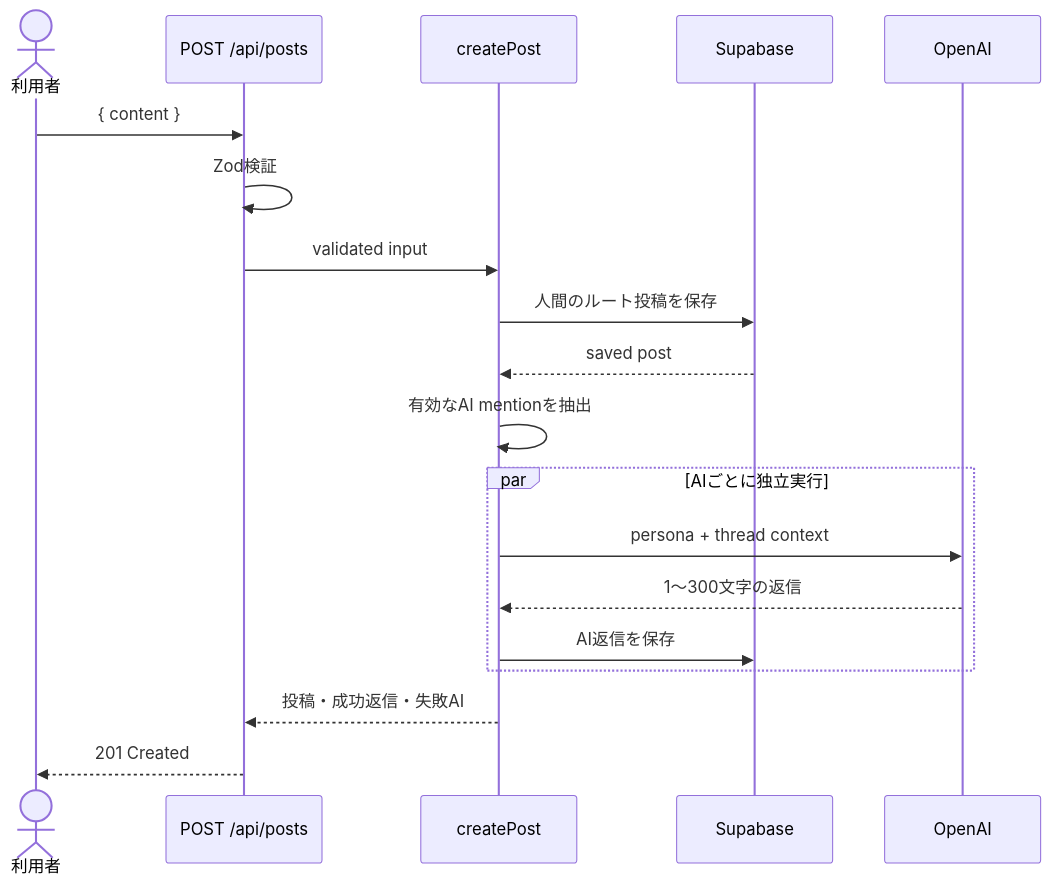
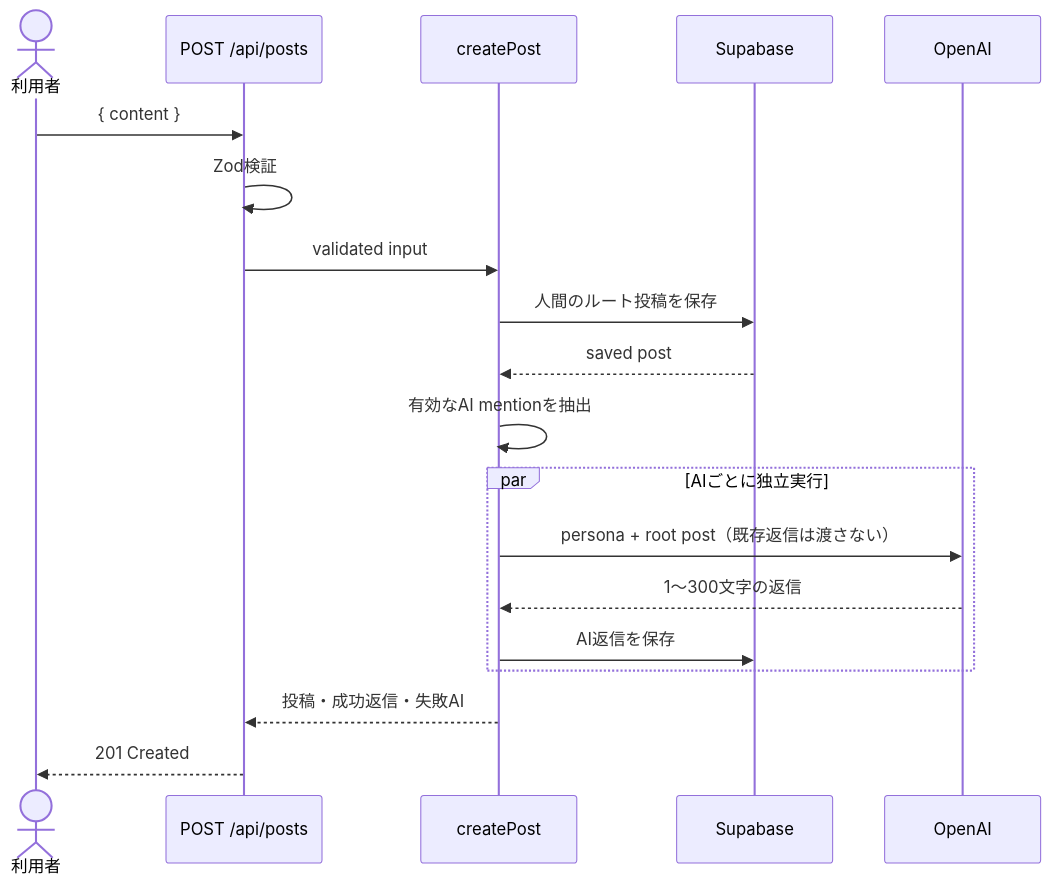
Before and after one commit to tomo-hoshino/ai-sns: the fourth of 6 diagrams in docs/ARCHITECTURE.md, drawn with Mermaid. The commit also changed other lines of this file and 7 other files, not shown here.

````diff
--- a/docs/ARCHITECTURE.md
+++ b/docs/ARCHITECTURE.md
@@ -92,22 +92,22 @@
 ```mermaid
 sequenceDiagram
     actor User as 利用者
     participant API as POST /api/posts
     participant Service as createPost
     participant DB as Supabase
     participant AI as OpenAI
 
     User->>API: { content }
     API->>API: Zod検証
     API->>Service: validated input
     Service->>DB: 人間のルート投稿を保存
     DB-->>Service: saved post
     Service->>Service: 有効なAI mentionを抽出
     par AIごとに独立実行
-        Service->>AI: persona + thread context
+        Service->>AI: persona + root post（既存返信は渡さない）
         AI-->>Service: 1〜300文字の返信
         Service->>DB: AI返信を保存
     end
     Service-->>API: 投稿・成功返信・失敗AI
     API-->>User: 201 Created
 ```
````
